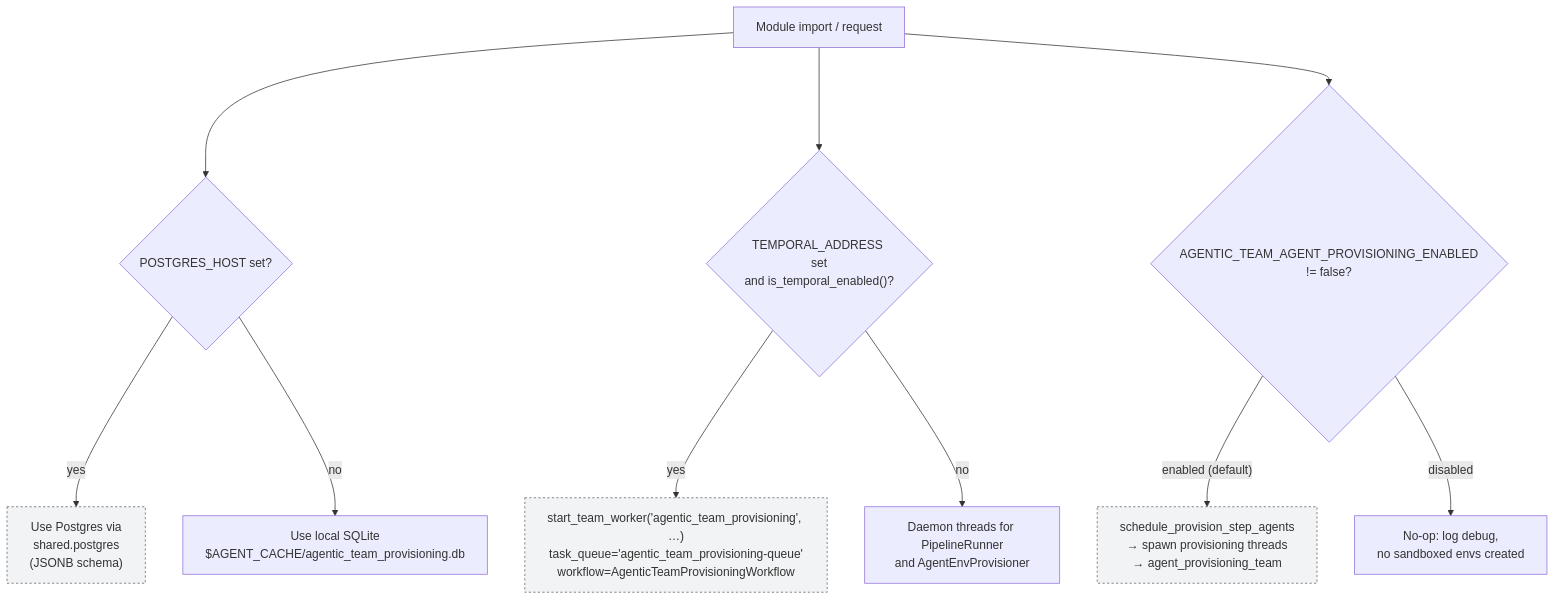
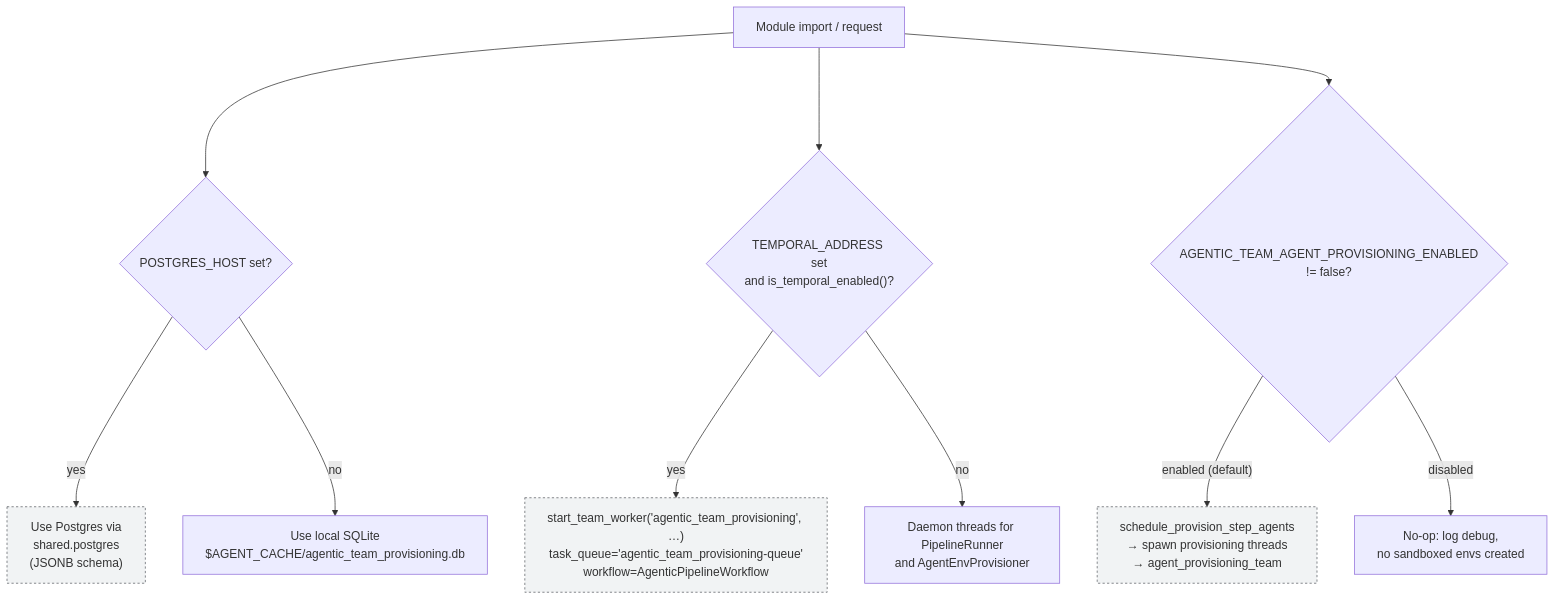
One commit to brandonkindred/Khala-Agentic-AI-Teams changed the third of 3 diagrams in backend/agents/agent_team_studio/agentic_team_provisioning/system_design/system_design.md. Above: the diagram before and after it, drawn with Mermaid. The commit also changed other lines of this file and 5 other files, not shown here.

````diff
--- a/backend/agents/agent_team_studio/agentic_team_provisioning/system_design/system_design.md
+++ b/backend/agents/agent_team_studio/agentic_team_provisioning/system_design/system_design.md
@@ -258,18 +261,18 @@
 ```mermaid
 flowchart TD
     Start["Module import / request"]
     Start --> Q1{"POSTGRES_HOST set?"}
     Q1 -->|yes| PG["Use Postgres via<br/>shared.postgres<br/>(JSONB schema)"]
     Q1 -->|no| SQLite["Use local SQLite<br/>$AGENT_CACHE/agentic_team_provisioning.db"]
 
     Start --> Q2{"TEMPORAL_ADDRESS set<br/>and is_temporal_enabled()?"}
-    Q2 -->|yes| T["start_team_worker('agentic_team_provisioning', …)<br/>task_queue='agentic_team_provisioning-queue'<br/>workflow=AgenticTeamProvisioningWorkflow"]
+    Q2 -->|yes| T["start_team_worker('agentic_team_provisioning', …)<br/>task_queue='agentic_team_provisioning-queue'<br/>workflow=AgenticPipelineWorkflow"]
     Q2 -->|no| Thread["Daemon threads for PipelineRunner<br/>and AgentEnvProvisioner"]
 
     Start --> Q3{"AGENTIC_TEAM_AGENT_PROVISIONING_ENABLED<br/>!= false?"}
     Q3 -->|"enabled (default)"| Bridge["schedule_provision_step_agents<br/>→ spawn provisioning threads<br/>→ agent_provisioning_team"]
     Q3 -->|disabled| Skip["No-op: log debug,<br/>no sandboxed envs created"]
 
     classDef external fill:#f1f3f4,stroke:#5f6368,stroke-dasharray: 3 3
     class PG,T,Bridge external
 ```
````
